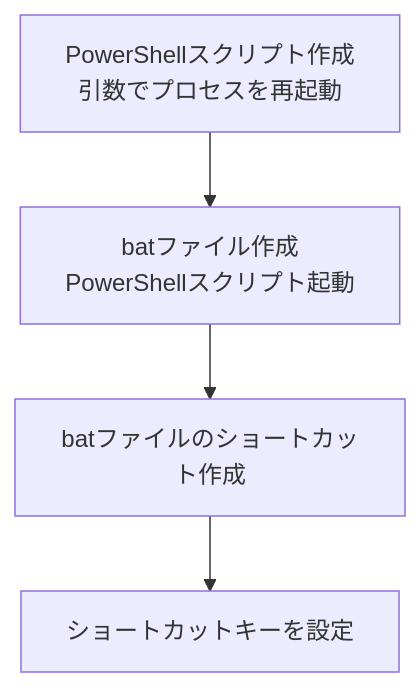
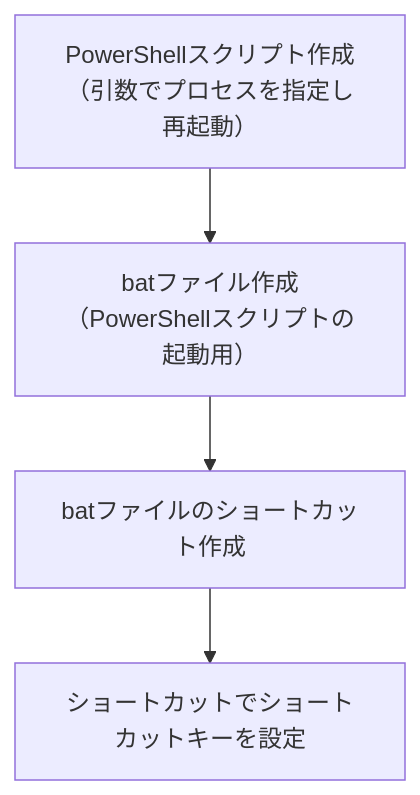
The first of 2 diagrams in articles/3eb06ad2dc1770.md (akiGAMEBOY/haretokidoki_zn), drawn with Mermaid before and after one commit. The commit also changed other lines of this file, not shown here.

````diff
--- a/articles/3eb06ad2dc1770.md
+++ b/articles/3eb06ad2dc1770.md
@@ -29,11 +29,11 @@
 ```mermaid
 graph TD
-    A["PowerShellスクリプト作成<br/>引数でプロセスを再起動"]
-    B["batファイル作成<br/>PowerShellスクリプト起動"]
+    A["PowerShellスクリプト作成<br/>（引数でプロセスを指定し再起動）"]
+    B["batファイル作成<br/>（PowerShellスクリプトの起動用）"]
     C["batファイルのショートカット作成"]
-    D["ショートカットキーを設定"]
+    D["ショートカットでショートカットキーを設定"]
     
     A --> B
     B --> C
     C --> D
 ```
````
